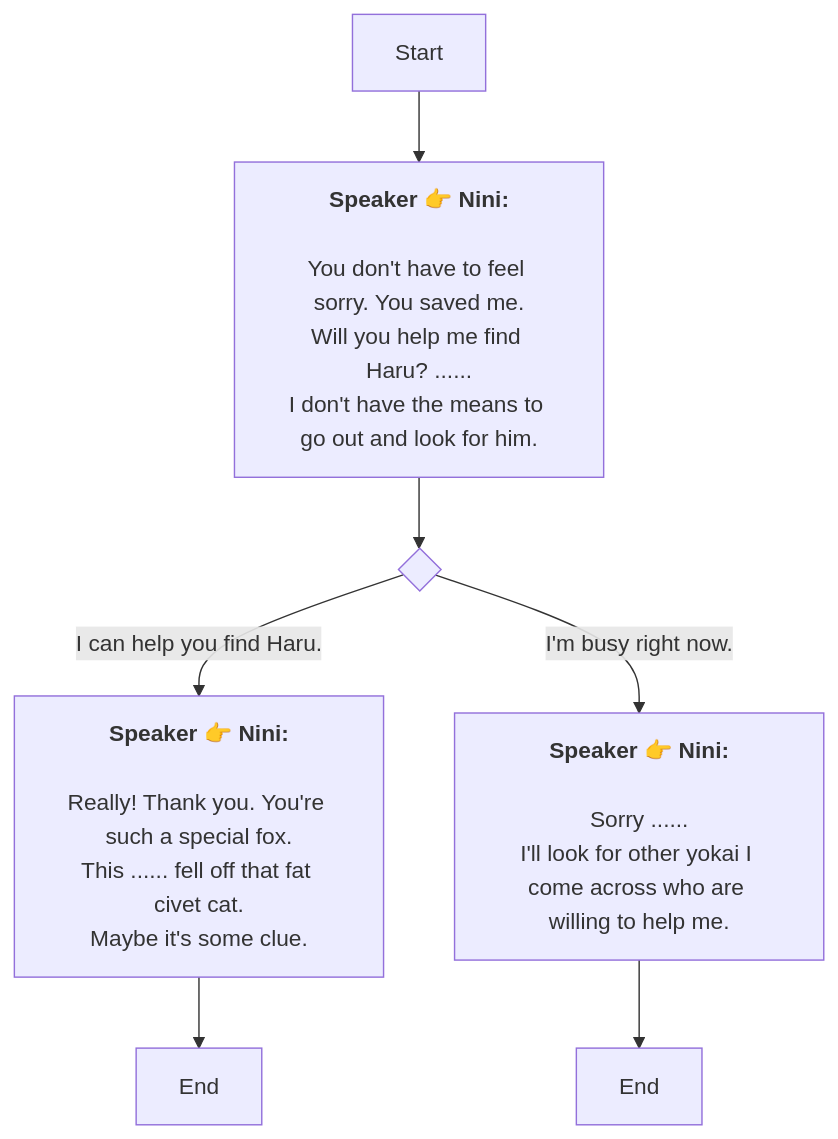
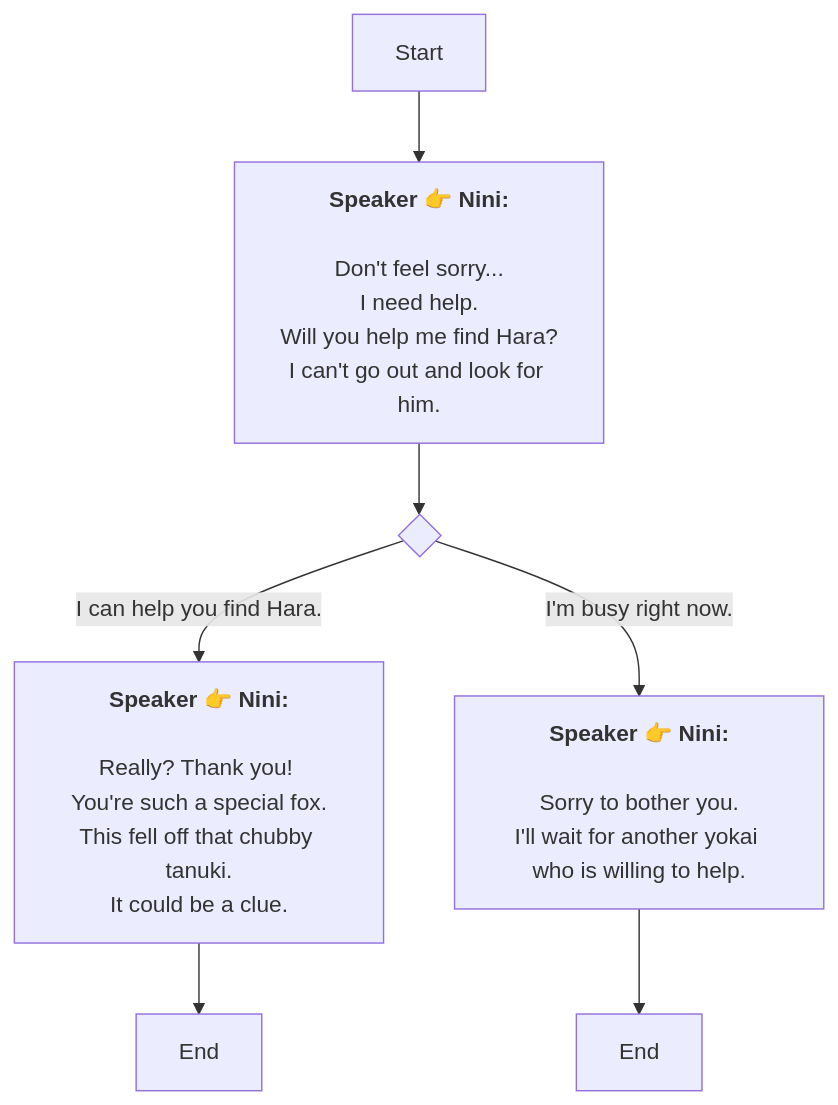
Before and after one commit to SoftHu/tos_avg: the diagram in En/QuestTalkObjectiveNode_1766057078316798.md, drawn with Mermaid. The commit also changed 312 other files, not shown here.

````diff
--- a/En/QuestTalkObjectiveNode_1766057078316798.md
+++ b/En/QuestTalkObjectiveNode_1766057078316798.md
@@ -1,21 +1,23 @@
 ```mermaid
 graph
 Start -->1766057153915679[<b>Speaker 👉 Nini:</b>
 
-You don't have to feel sorry. You saved me.
-Will you help me find Haru? ......
-I don't have the means to go out and look for him.]
+Don't feel sorry...
+I need help.
+Will you help me find Hara?
+I can't go out and look for him.]
 1766057153915679 -->1766057153916706{ }
-1766057153916706 -->|I can help you find Haru.|1766057153914653[<b>Speaker 👉 Nini:</b>
+1766057153916706 -->|I can help you find Hara.|1766057153914653[<b>Speaker 👉 Nini:</b>
 
-Really! Thank you. You're such a special fox.
-This ...... fell off that fat civet cat.
-Maybe it's some clue.]
+Really? Thank you! 
+You're such a special fox.
+This fell off that chubby tanuki.
+It could be a clue.]
 1766057153916706 -->|I'm busy right now.|1766057153917731[<b>Speaker 👉 Nini:</b>
 
-Sorry ......
-I'll look for other yokai I come across who are willing to help me.]
+Sorry to bother you.
+I'll wait for another yokai who is willing to help.]
 1766057153914653 -->1766057153914654[End]
 1766057153917731 -->1766057153918756[End]
 
  ```
````
